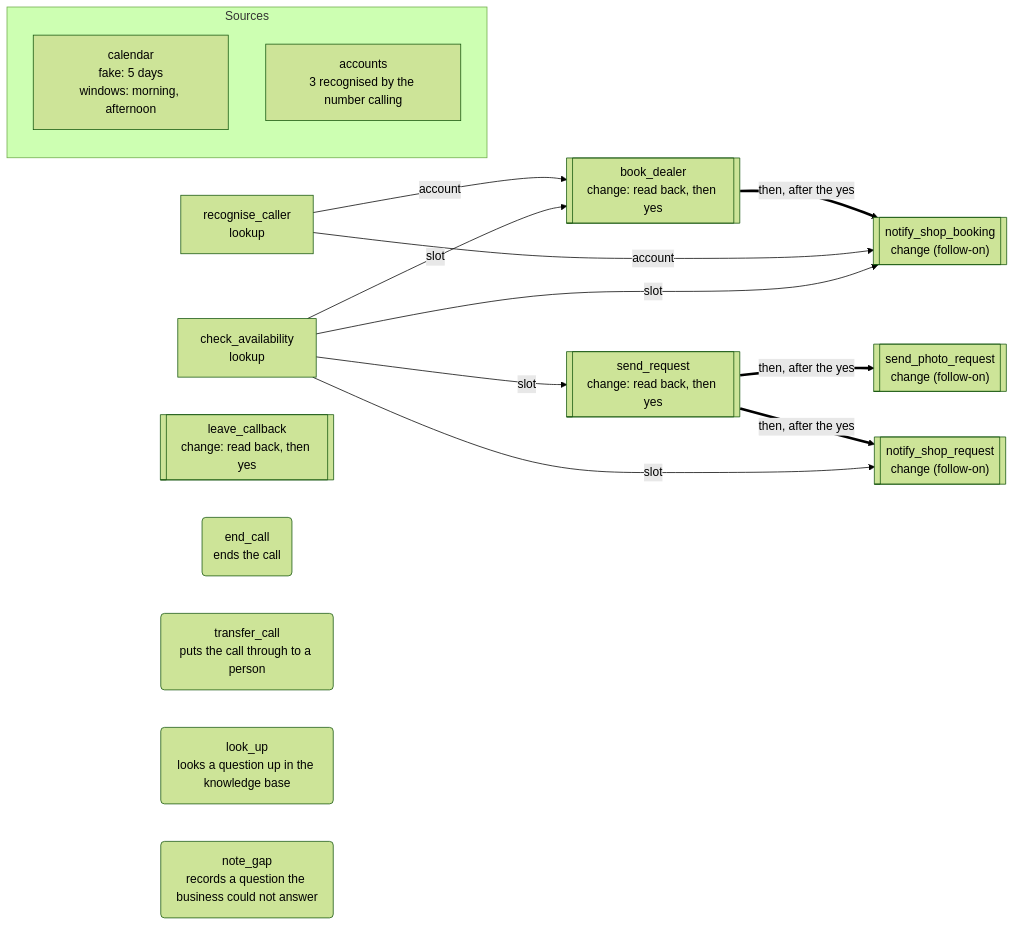
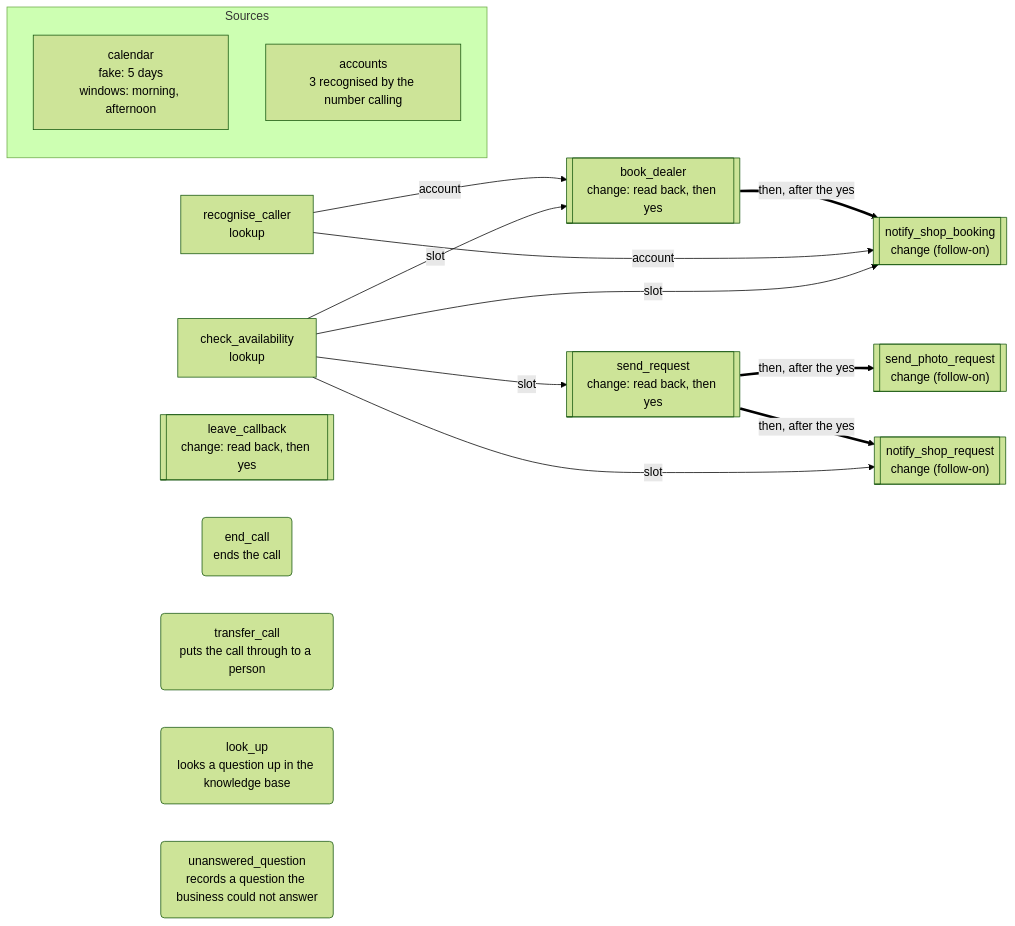
Before and after one commit to DialogWright/dialogwright: the first of 2 diagrams in apps/wheelshop-agent/APP-MAP.md, drawn with Mermaid (forest theme). The commit also changed 25 other files, not shown here.

First line of the commit message:
converse: the runtime's note_gap is renamed unanswered_question

````diff
--- a/apps/wheelshop-agent/APP-MAP.md
+++ b/apps/wheelshop-agent/APP-MAP.md
@@ -22,28 +22,28 @@
 ```mermaid
 flowchart LR
   subgraph sources["Sources"]
     src_calendar["calendar<br/>fake: 5 days<br/>windows: morning, afternoon"]
     src_accounts["accounts<br/>3 recognised by the number calling"]
   end
   a_recognise_caller["recognise_caller<br/>lookup"]
   a_check_availability["check_availability<br/>lookup"]
   a_send_request[["send_request<br/>change: read back, then yes"]]
   a_send_photo_request[["send_photo_request<br/>change (follow-on)"]]
   a_notify_shop_request[["notify_shop_request<br/>change (follow-on)"]]
   a_book_dealer[["book_dealer<br/>change: read back, then yes"]]
   a_notify_shop_booking[["notify_shop_booking<br/>change (follow-on)"]]
   a_leave_callback[["leave_callback<br/>change: read back, then yes"]]
   a_end_call("end_call<br/>ends the call")
   a_transfer_call("transfer_call<br/>puts the call through to a person")
   a_look_up("look_up<br/>looks a question up in the knowledge base")
-  a_note_gap("note_gap<br/>records a question the business could not answer")
+  a_unanswered_question("unanswered_question<br/>records a question the business could not answer")
   a_check_availability -->|slot| a_send_request
   a_send_request ==>|"then, after the yes"| a_send_photo_request
   a_send_request ==>|"then, after the yes"| a_notify_shop_request
   a_check_availability -->|slot| a_notify_shop_request
   a_recognise_caller -->|account| a_book_dealer
   a_check_availability -->|slot| a_book_dealer
   a_book_dealer ==>|"then, after the yes"| a_notify_shop_booking
   a_recognise_caller -->|account| a_notify_shop_booking
   a_check_availability -->|slot| a_notify_shop_booking
 ```
````
